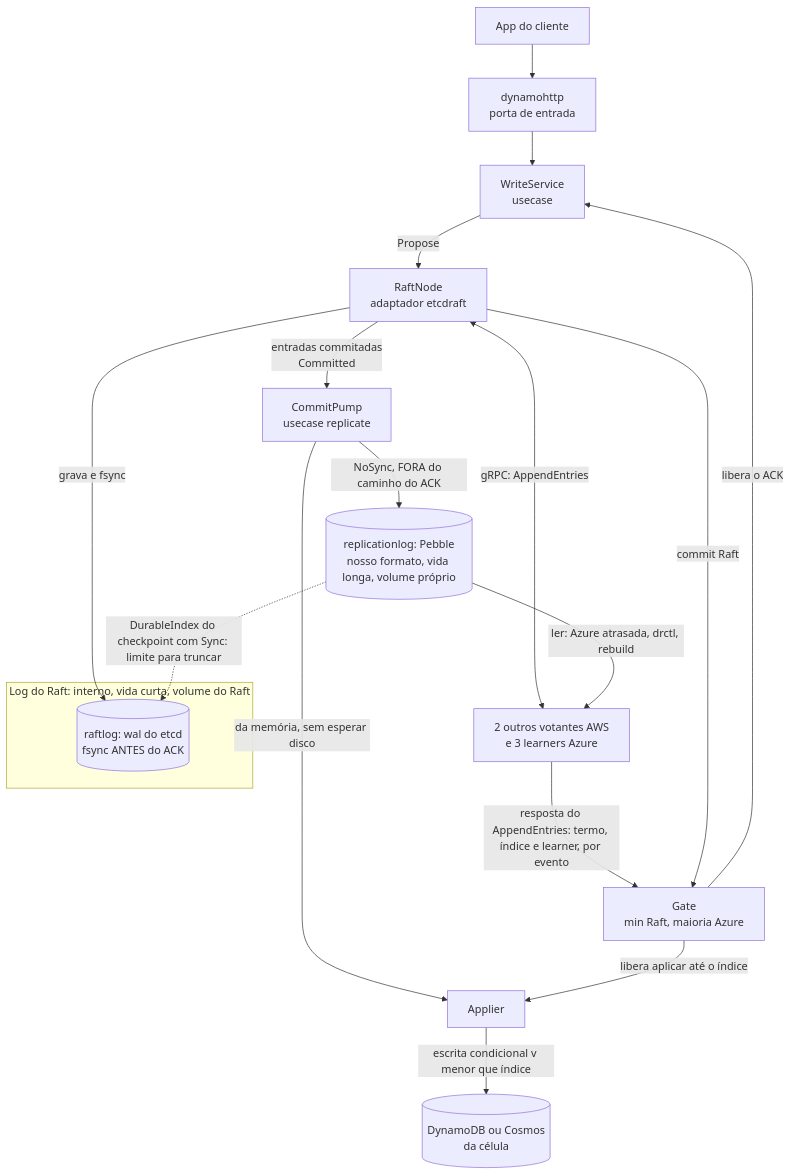
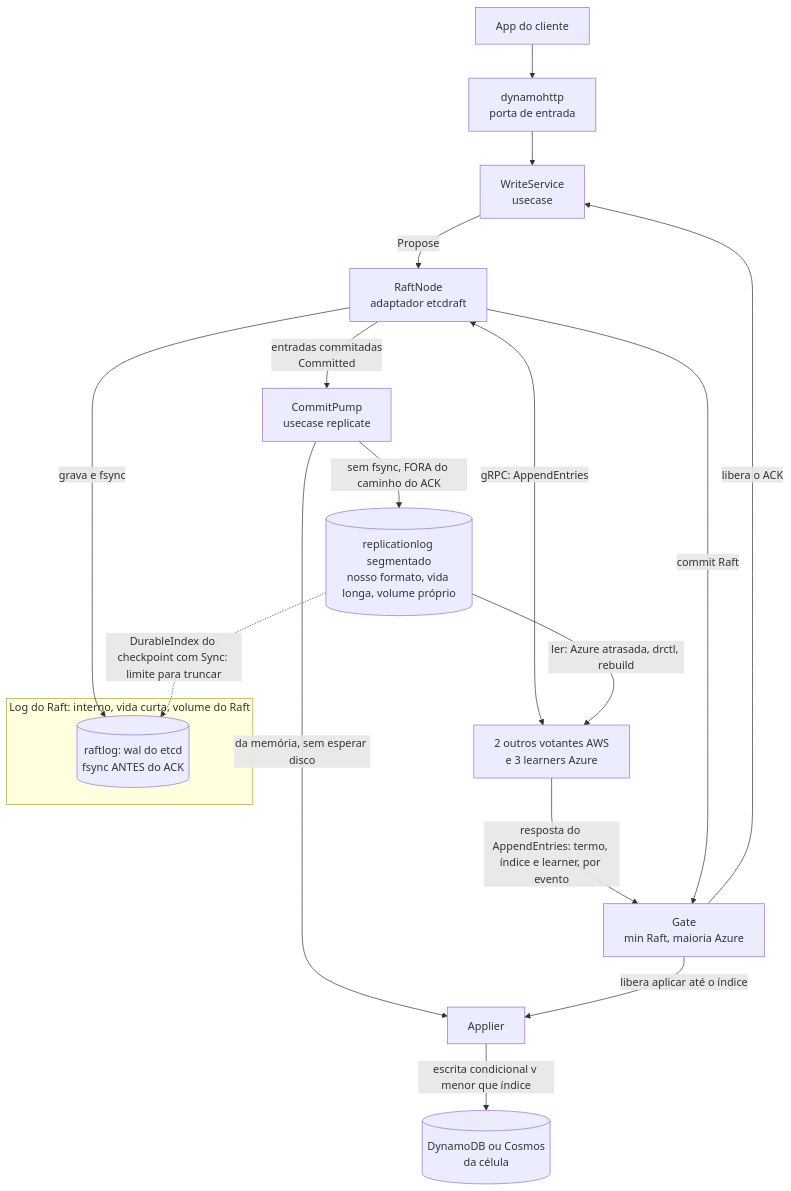
The second of 10 diagrams in 05_implementacao/02_desenho_e_diagramas.md (brbarmex/k), drawn with Mermaid before and after one commit. The commit also changed other lines of this file and 40 other files, not shown here.

First line of the commit message:
Troca o Pebble por log de replicação segmentado (ADR-055) e implementa o fluxo no código de exemplo

````diff
--- a/05_implementacao/02_desenho_e_diagramas.md
+++ b/05_implementacao/02_desenho_e_diagramas.md
@@ -57,21 +57,21 @@
 ```mermaid
 flowchart TD
     CLI["App do cliente"] --> API["dynamohttp<br/>porta de entrada"]
     API --> WS["WriteService<br/>usecase"]
     WS -->|"Propose"| RAFT["RaftNode<br/>adaptador etcdraft"]
     subgraph RL["Log do Raft: interno, vida curta, volume do Raft"]
         RLOG[("raftlog: wal do etcd<br/>fsync ANTES do ACK")]
     end
     RAFT -->|"grava e fsync"| RLOG
     RAFT <-->|"gRPC: AppendEntries"| PEERS["2 outros votantes AWS<br/>e 3 learners Azure"]
     PEERS -->|"resposta do AppendEntries: termo, índice e learner, por evento"| GATE["Gate<br/>min Raft, maioria Azure"]
     RAFT -->|"commit Raft"| GATE
     RAFT -->|"entradas commitadas<br/>Committed"| PUMP["CommitPump<br/>usecase replicate"]
     PUMP -->|"da memória, sem esperar disco"| APP["Applier"]
-    PUMP -->|"NoSync, FORA do caminho do ACK"| REP[("replicationlog: Pebble<br/>nosso formato, vida longa, volume próprio")]
+    PUMP -->|"sem fsync, FORA do caminho do ACK"| REP[("replicationlog segmentado<br/>nosso formato, vida longa, volume próprio")]
     GATE -->|"libera o ACK"| WS
     GATE -->|"libera aplicar até o índice"| APP
     APP -->|"escrita condicional v menor que índice"| DB[("DynamoDB ou Cosmos<br/>da célula")]
     REP -.->|"DurableIndex do checkpoint com Sync: limite para truncar"| RLOG
     REP -->|"ler: Azure atrasada, drctl, rebuild"| PEERS
 ```
````
